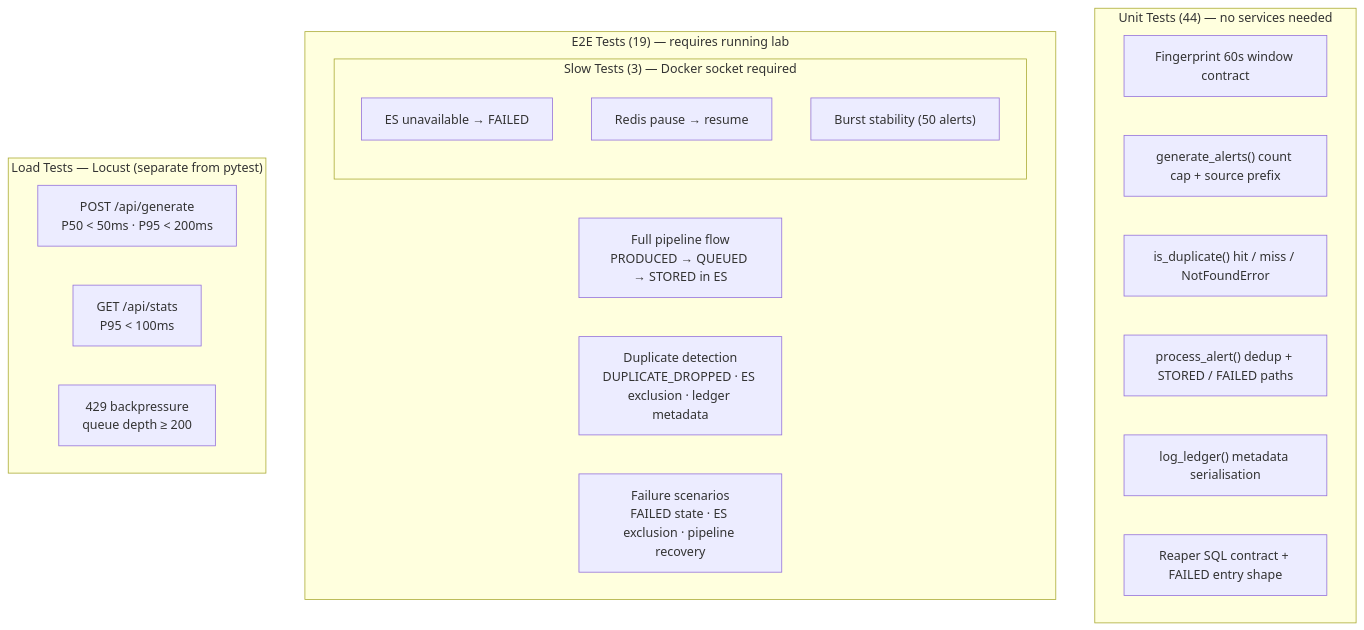
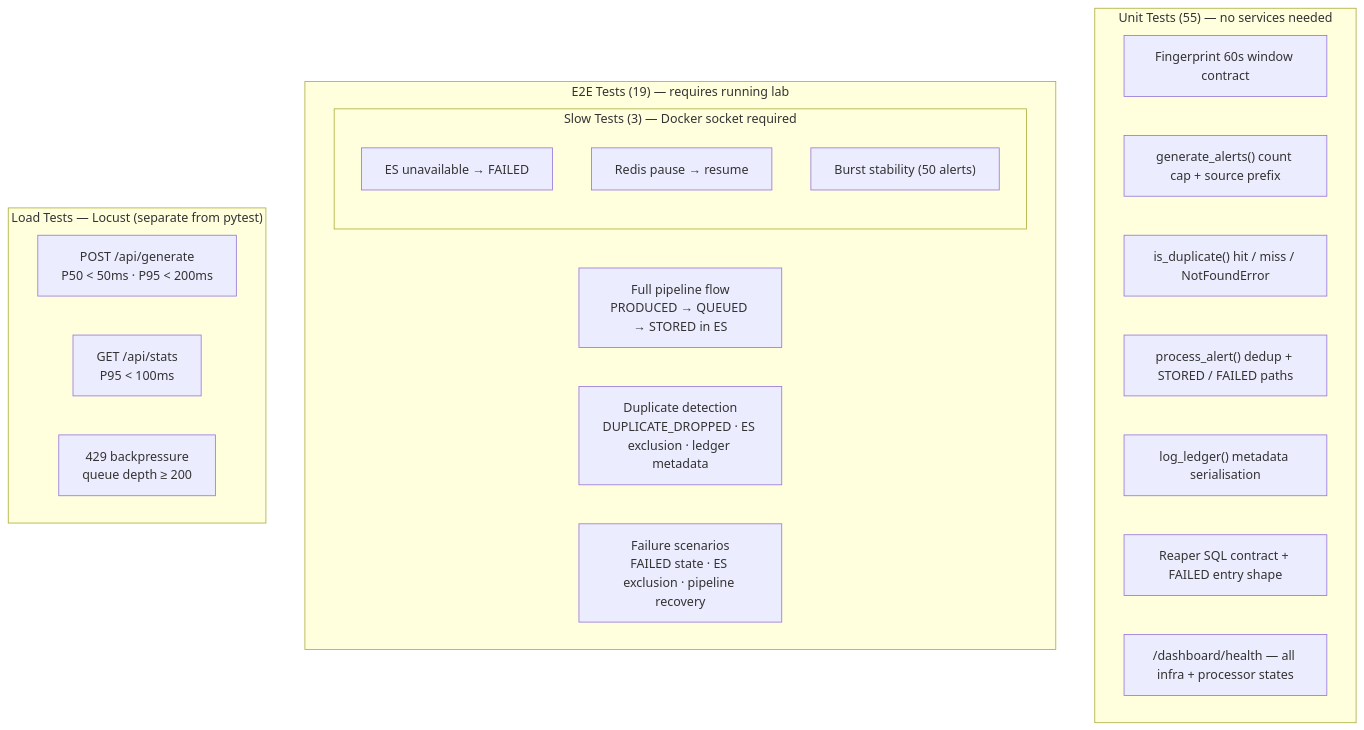
The third of 3 diagrams in README.md (rahulgoel527/alert-pipeline-validation), drawn with Mermaid before and after one commit. The commit also changed other lines of this file and 22 other files, not shown here.

````diff
--- a/README.md
+++ b/README.md
@@ -107,28 +109,29 @@
 ```mermaid
 flowchart TD
-    subgraph unit["Unit Tests (44) — no services needed"]
+    subgraph unit["Unit Tests (55) — no services needed"]
         U1["Fingerprint 60s window contract"]
         U2["generate_alerts() count cap + source prefix"]
         U3["is_duplicate() hit / miss / NotFoundError"]
         U4["process_alert() dedup + STORED / FAILED paths"]
         U5["log_ledger() metadata serialisation"]
         U6["Reaper SQL contract + FAILED entry shape"]
+        U7["/dashboard/health — all infra + processor states"]
     end
 
     subgraph e2e["E2E Tests (19) — requires running lab"]
         E1["Full pipeline flow\nPRODUCED → QUEUED → STORED in ES"]
         E2["Duplicate detection\nDUPLICATE_DROPPED · ES exclusion · ledger metadata"]
         E3["Failure scenarios\nFAILED state · ES exclusion · pipeline recovery"]
         subgraph slow["Slow Tests (3) — Docker socket required"]
             S1["ES unavailable → FAILED"]
             S2["Redis pause → resume"]
             S3["Burst stability (50 alerts)"]
         end
     end
 
     subgraph load["Load Tests — Locust (separate from pytest)"]
         L1["POST /api/generate\nP50 < 50ms · P95 < 200ms"]
         L2["GET /api/stats\nP95 < 100ms"]
         L3["429 backpressure\nqueue depth ≥ 200"]
     end
 ```
````
